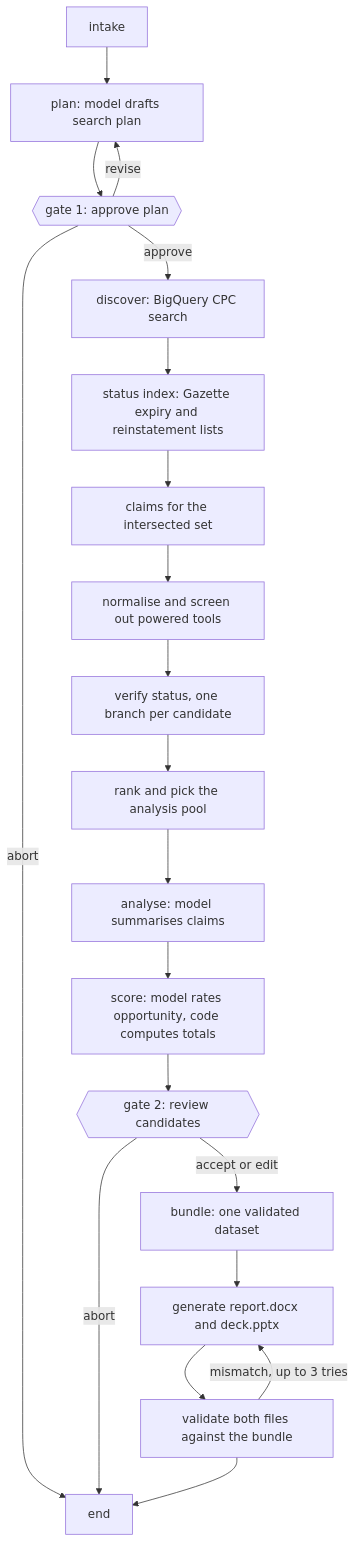
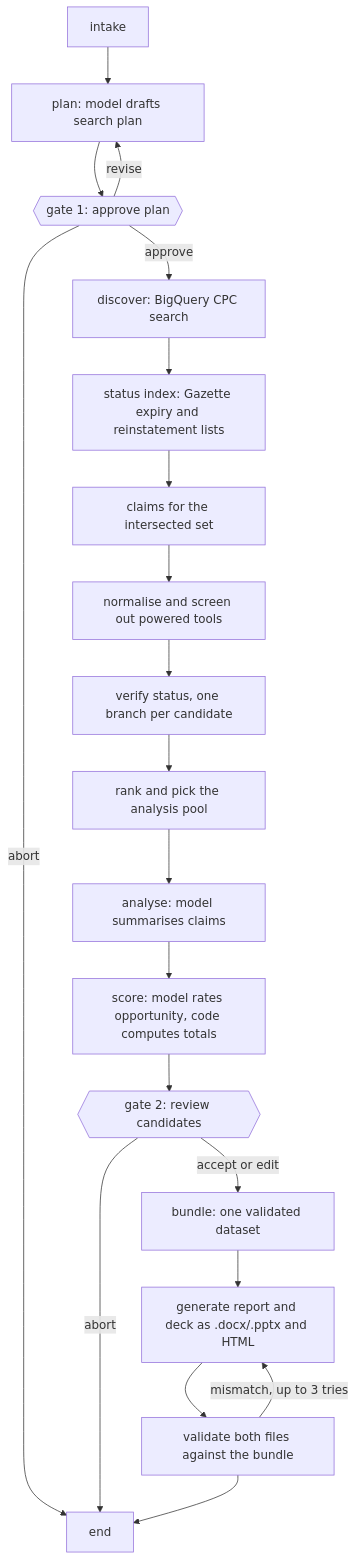
The diagram in README.md (DhafinFawwaz/expired-patent-opportunity-agent), drawn with Mermaid before and after one commit. The commit also changed other lines of this file and 14 other files, not shown here.

````diff
--- a/README.md
+++ b/README.md
@@ -85,22 +85,22 @@
 ```mermaid
 flowchart TD
     A[intake] --> B[plan: model drafts search plan]
     B --> G1{{gate 1: approve plan}}
     G1 -- revise --> B
     G1 -- abort --> Z[end]
     G1 -- approve --> C[discover: BigQuery CPC search]
     C --> D[status index: Gazette expiry and reinstatement lists]
     D --> E[claims for the intersected set]
     E --> F[normalise and screen out powered tools]
     F --> V[verify status, one branch per candidate]
     V --> R[rank and pick the analysis pool]
     R --> AN[analyse: model summarises claims]
     AN --> S[score: model rates opportunity, code computes totals]
     S --> G2{{gate 2: review candidates}}
     G2 -- abort --> Z
     G2 -- accept or edit --> BU[bundle: one validated dataset]
-    BU --> GE[generate report.docx and deck.pptx]
+    BU --> GE[generate report and deck as .docx/.pptx and HTML]
     GE --> VA[validate both files against the bundle]
     VA -- mismatch, up to 3 tries --> GE
     VA --> Z
 ```
````
